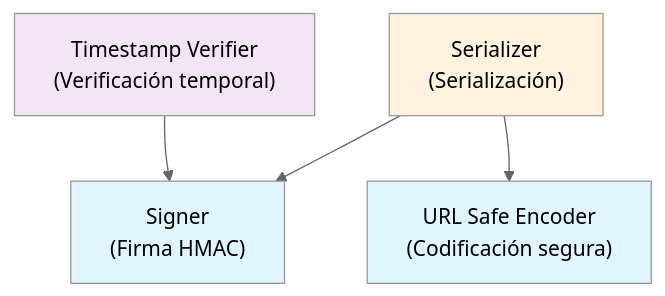
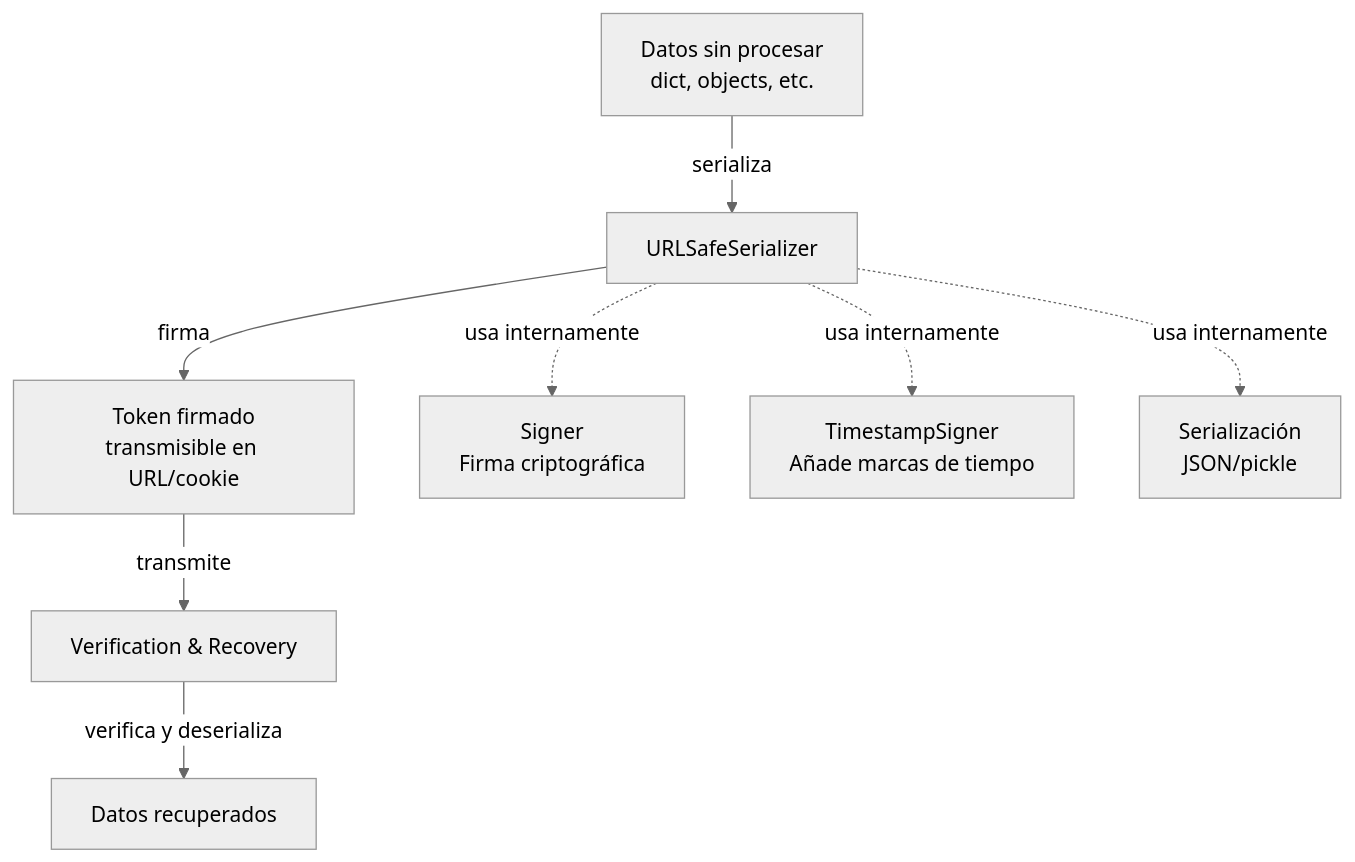
Before and after one commit to tidewiki-demos/itsdangerous: the diagram in docs/wiki/index.md, drawn with Mermaid (neutral theme). The commit also changed other lines of this file and 18 other files, not shown here.

````diff
--- a/docs/wiki/index.md
+++ b/docs/wiki/index.md
@@ -24,16 +30,17 @@
 ```mermaid
 graph TB
-    A["Signer<br/>(Firma HMAC)"]
-    B["URL Safe Encoder<br/>(Codificación segura)"]
-    C["Serializer<br/>(Serialización)"]
-    D["Timestamp Verifier<br/>(Verificación temporal)"]
+    A["Datos sin procesar<br/>dict, objects, etc."]
+    B["URLSafeSerializer"]
+    C["Token firmado<br/>transmisible en URL/cookie"]
+    D["Verification & Recovery"]
+    E["Datos recuperados"]
     
-    C --> A
-    C --> B
-    D --> A
+    A -->|serializa| B
+    B -->|firma| C
+    C -->|transmite| D
+    D -->|verifica y deserializa| E
     
-    style A fill:#e1f5ff
-    style B fill:#e1f5ff
-    style C fill:#fff3e0
-    style D fill:#f3e5f5
+    B -.->|usa internamente| F["Signer<br/>Firma criptográfica"]
+    B -.->|usa internamente| G["TimestampSigner<br/>Añade marcas de tiempo"]
+    B -.->|usa internamente| H["Serialización<br/>JSON/pickle"]
 ```
````
